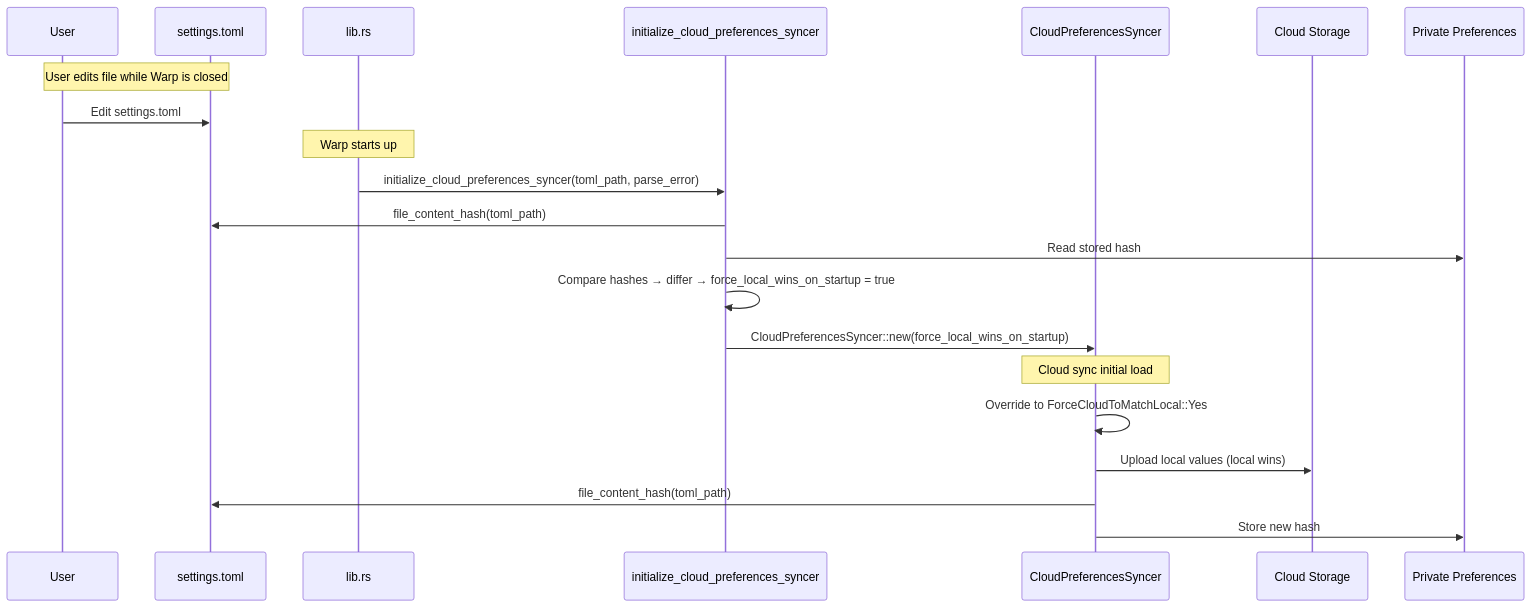
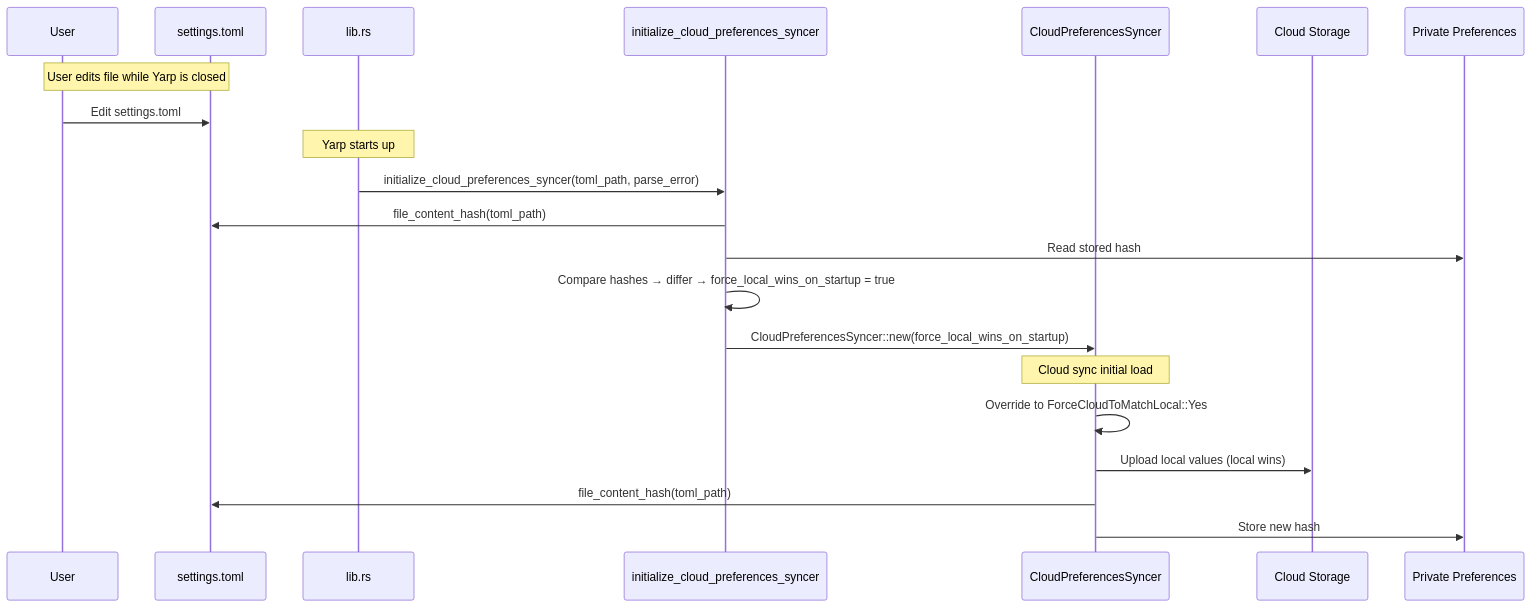
Before and after one commit to nikhilramakrishnan/yarp: the diagram in specs/danielpeng/QUALITY-474/TECH.md, drawn with Mermaid. The commit also changed other lines of this file and 516 other files, not shown here.

````diff
--- a/specs/danielpeng/QUALITY-474/TECH.md
+++ b/specs/danielpeng/QUALITY-474/TECH.md
@@ -226,26 +226,26 @@
 ```mermaid
 sequenceDiagram
     participant User
     participant File as settings.toml
     participant LibRs as lib.rs
     participant Init as initialize_cloud_preferences_syncer
     participant Syncer as CloudPreferencesSyncer
     participant Cloud as Cloud Storage
     participant PrivPrefs as Private Preferences
 
-    Note over User,File: User edits file while Warp is closed
+    Note over User,File: User edits file while Yarp is closed
 
     User->>File: Edit settings.toml
 
-    Note over LibRs: Warp starts up
+    Note over LibRs: Yarp starts up
     LibRs->>Init: initialize_cloud_preferences_syncer(toml_path, parse_error)
     Init->>File: file_content_hash(toml_path)
     Init->>PrivPrefs: Read stored hash
     Init->>Init: Compare hashes → differ → force_local_wins_on_startup = true
     Init->>Syncer: CloudPreferencesSyncer::new(force_local_wins_on_startup)
     Note over Syncer: Cloud sync initial load
     Syncer->>Syncer: Override to ForceCloudToMatchLocal::Yes
     Syncer->>Cloud: Upload local values (local wins)
     Syncer->>File: file_content_hash(toml_path)
     Syncer->>PrivPrefs: Store new hash
 ```
````
